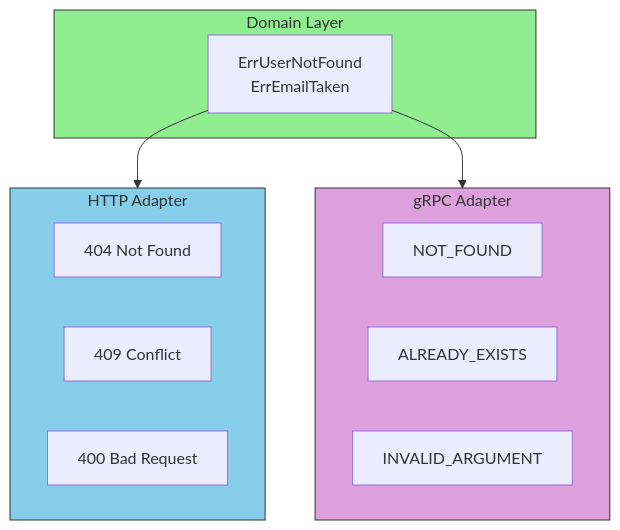
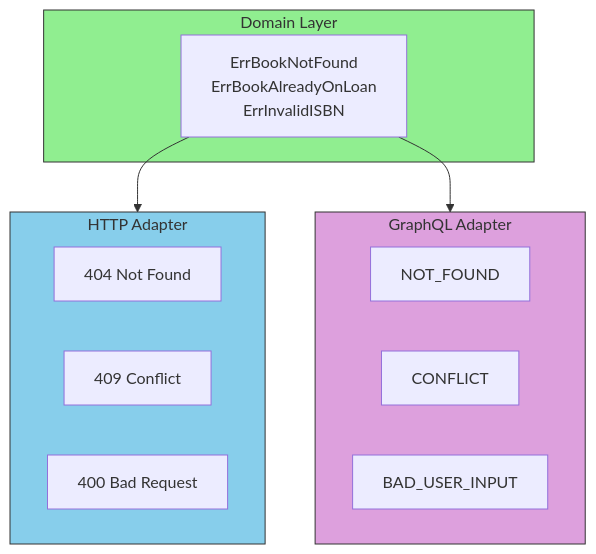
Before and after one commit to jonathanleahy/fullstack-monorepo: the second of 2 diagrams in backend/data/courses/hexagonal-architecture-building-maintainable-software/lessons/03-the-domain-layer/sublessons/04-domain-errors/content.md, drawn with Mermaid. The commit also changed other lines of this file and 50 other files, not shown here.

First line of the commit message:
chore: Update Hexagonal Architecture course content

````diff
--- a/backend/data/courses/hexagonal-architecture-building-maintainable-software/lessons/03-the-domain-layer/sublessons/04-domain-errors/content.md
+++ b/backend/data/courses/hexagonal-architecture-building-maintainable-software/lessons/03-the-domain-layer/sublessons/04-domain-errors/content.md
@@ -96,25 +106,25 @@
 ```mermaid
 flowchart TB
     subgraph Domain["Domain Layer"]
-        DE["ErrUserNotFound<br/>ErrEmailTaken"]
+        DE["ErrBookNotFound<br/>ErrBookAlreadyOnLoan<br/>ErrInvalidISBN"]
     end
 
     subgraph HTTP["HTTP Adapter"]
         H404["404 Not Found"]
         H409["409 Conflict"]
         H400["400 Bad Request"]
     end
 
-    subgraph GRPC["gRPC Adapter"]
+    subgraph GraphQL["GraphQL Adapter"]
         G1["NOT_FOUND"]
-        G2["ALREADY_EXISTS"]
-        G3["INVALID_ARGUMENT"]
+        G2["CONFLICT"]
+        G3["BAD_USER_INPUT"]
     end
 
     DE --> HTTP
-    DE --> GRPC
+    DE --> GraphQL
 
     style Domain fill:#90EE90,stroke:#333
     style HTTP fill:#87CEEB,stroke:#333
-    style GRPC fill:#DDA0DD,stroke:#333
+    style GraphQL fill:#DDA0DD,stroke:#333
 ```
````
